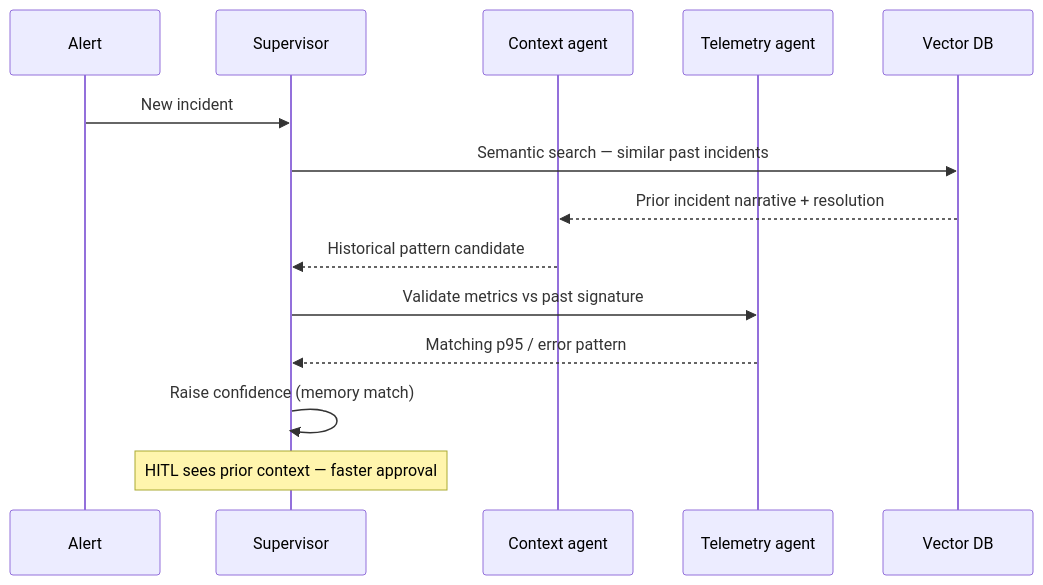
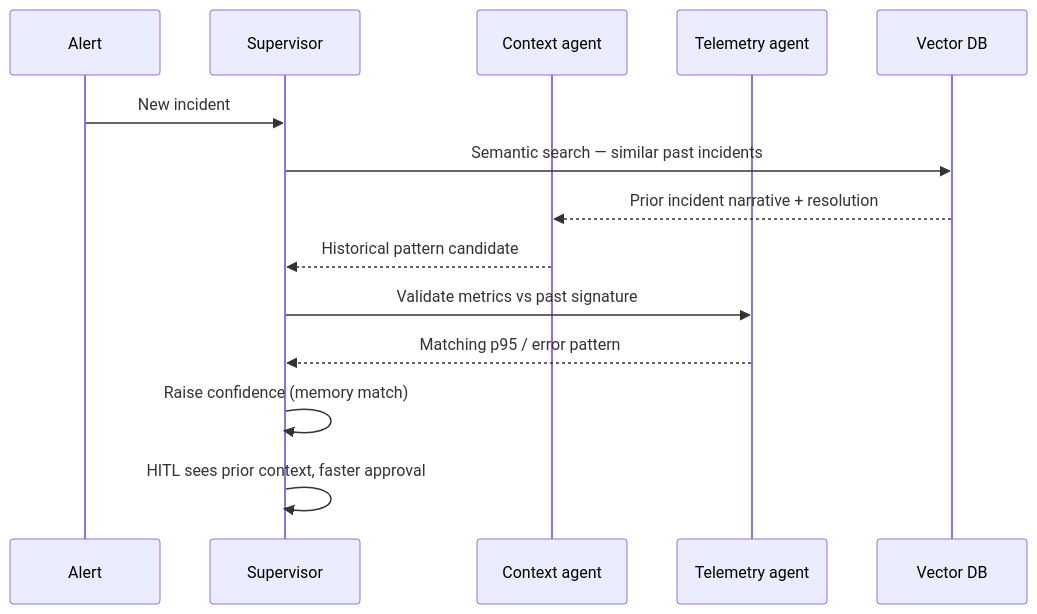
Before and after one commit to sushanth262/AURA: the ninth of 10 diagrams in docs/ARCHITECTURE.md, drawn with Mermaid.

Commit message:
fix diagram rendering

````diff
--- a/docs/ARCHITECTURE.md
+++ b/docs/ARCHITECTURE.md
@@ -322,17 +322,17 @@
 ```mermaid
 sequenceDiagram
   participant Alert
   participant Supervisor
   participant Ctx as Context agent
   participant Tel as Telemetry agent
   participant VDB as Vector DB
 
   Alert->>Supervisor: New incident
   Supervisor->>VDB: Semantic search — similar past incidents
   VDB-->>Ctx: Prior incident narrative + resolution
   Ctx-->>Supervisor: Historical pattern candidate
   Supervisor->>Tel: Validate metrics vs past signature
   Tel-->>Supervisor: Matching p95 / error pattern
   Supervisor->>Supervisor: Raise confidence (memory match)
-  Note over Supervisor: HITL sees prior context — faster approval
+  Supervisor->>Supervisor: HITL sees prior context, faster approval
 ```
````
